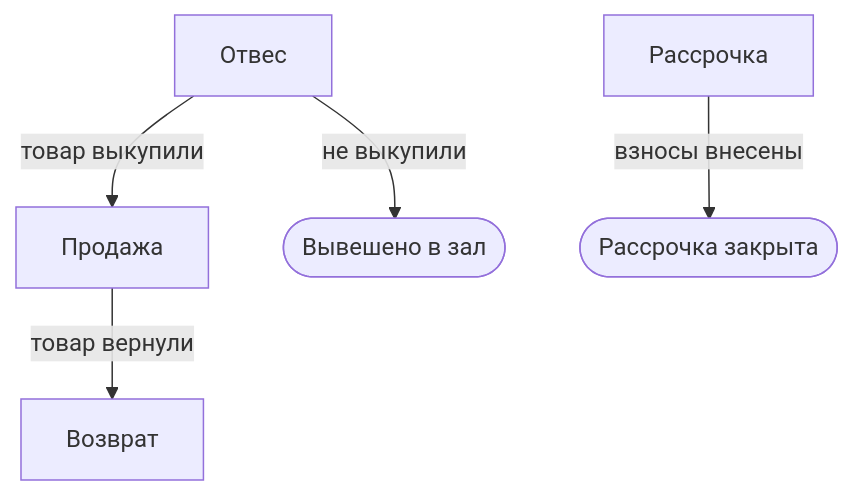
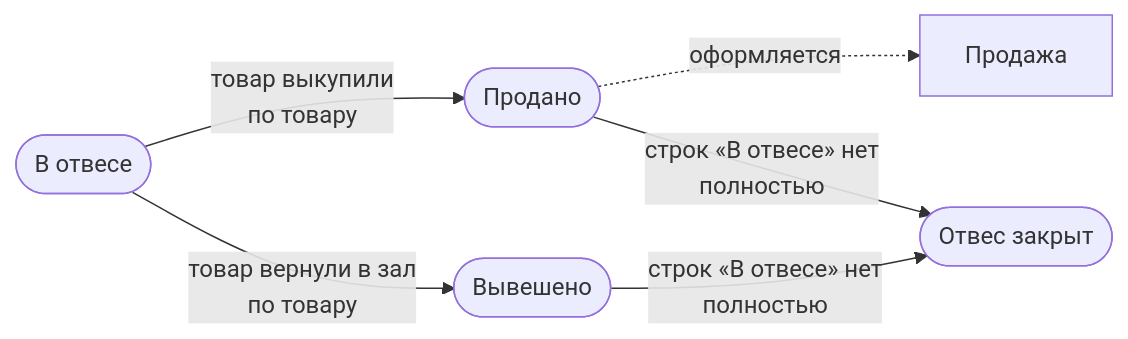
Before and after one commit to EGSP/collection-zarplata: the third of 4 diagrams in docs/accounting-rules.md, drawn with Mermaid. The commit also changed other lines of this file and 2 other files, not shown here.

Commit message:
docs(rules): схема состояний и переходов у каждого документа

````diff
--- a/docs/accounting-rules.md
+++ b/docs/accounting-rules.md
@@ -9,14 +68,14 @@
 ```mermaid
-flowchart TD
-    weighing["Отвес"]
+flowchart LR
+    held(["В отвесе"])
+    sold(["Продано"])
+    hung(["Вывешено"])
+    closed(["Отвес закрыт"])
     sale["Продажа"]
-    refund["Возврат"]
-    installment["Рассрочка"]
-    hung(["Вывешено в зал"])
-    closed(["Рассрочка закрыта"])
 
-    weighing -- "товар выкупили" --> sale
-    weighing -- "не выкупили" --> hung
-    sale -- "товар вернули" --> refund
-    installment -- "взносы внесены" --> closed
+    held -- "товар выкупили<br/>по товару" --> sold
+    held -- "товар вернули в зал<br/>по товару" --> hung
+    sold -. "оформляется" .-> sale
+    sold -- "строк «В отвесе» нет<br/>полностью" --> closed
+    hung -- "строк «В отвесе» нет<br/>полностью" --> closed
 ```
````
